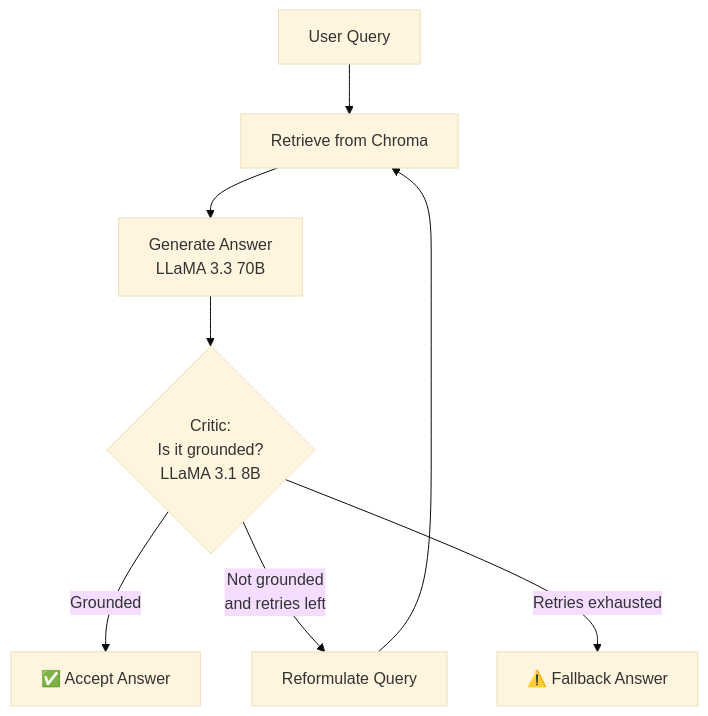
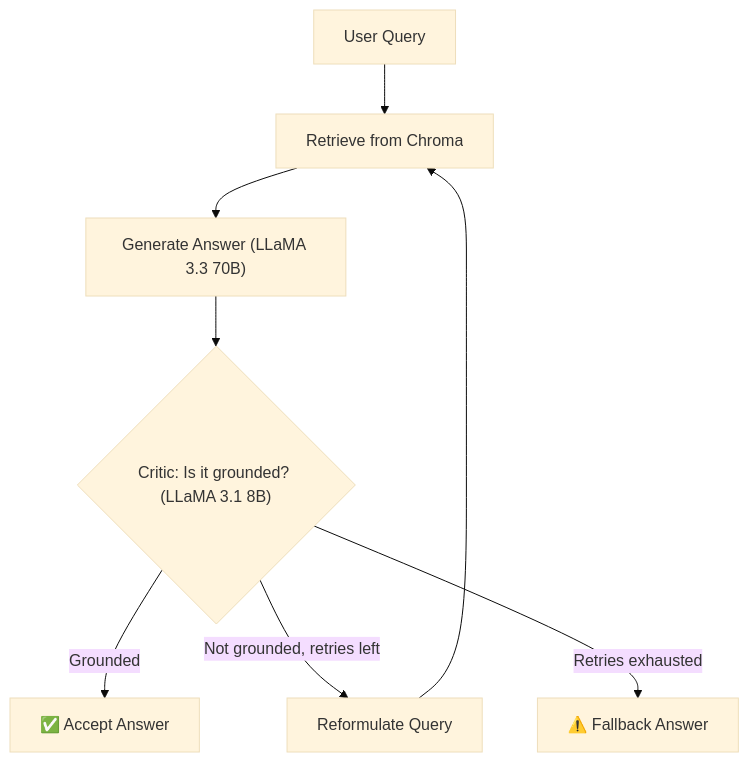
Before and after one commit to ayush-s-tomar/self-healing-rag: the diagram in README.md, drawn with Mermaid (base theme).

Commit message:
fix: simplify mermaid diagram syntax for GitHub rendering

````diff
--- a/README.md
+++ b/README.md
@@ -56,10 +56,10 @@
 ```mermaid
 flowchart TD
     A[User Query] --> B[Retrieve from Chroma]
-    B --> C[Generate Answer<br/>LLaMA 3.3 70B]
-    C --> D{Critic:<br/>Is it grounded?<br/>LLaMA 3.1 8B}
+    B --> C["Generate Answer (LLaMA 3.3 70B)"]
+    C --> D{"Critic: Is it grounded? (LLaMA 3.1 8B)"}
     D -- Grounded --> E[✅ Accept Answer]
-    D -- Not grounded<br/>and retries left --> F[Reformulate Query]
+    D -- "Not grounded, retries left" --> F["Reformulate Query"]
     F --> B
     D -- Retries exhausted --> G[⚠️ Fallback Answer]
 ```
````
